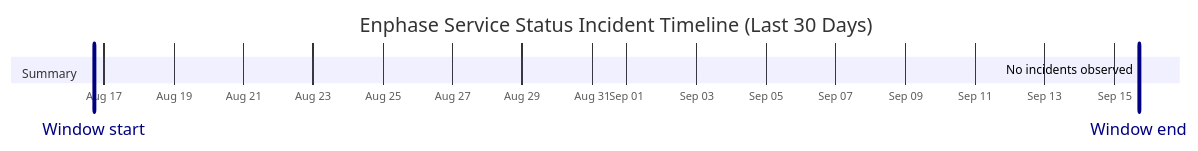
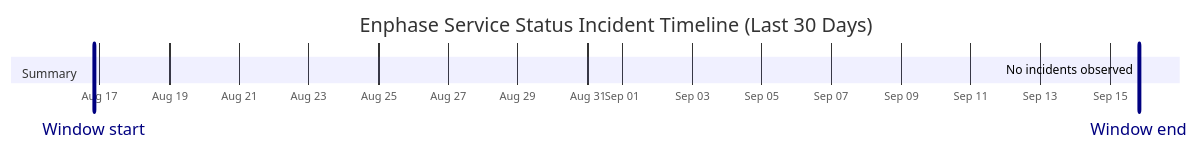
The diagram in wiki/Service-Status-History.md (barneyonline/ha-enphase-energy), drawn with Mermaid before and after one commit. The commit also changed other lines of this file and 3 other files, not shown here.

````diff
--- a/wiki/Service-Status-History.md
+++ b/wiki/Service-Status-History.md
@@ -14,10 +14,10 @@
 ```mermaid
 gantt
     title Enphase Service Status Incident Timeline (Last 30 Days)
     dateFormat  YYYY-MM-DDTHH:mm:ss
     axisFormat  %b %d
-    Window start :vert, window-start, 2026-08-16T16:49:02, 0ms
-    Window end :vert, window-end, 2026-09-15T16:49:02, 0ms
+    Window start :vert, window-start, 2026-08-16T19:59:58, 0ms
+    Window end :vert, window-end, 2026-09-15T19:59:58, 0ms
     section Summary
-    No incidents observed :done, 2026-09-15T16:49:02, 1m
+    No incidents observed :done, 2026-09-15T19:59:58, 1m
 ```
````
